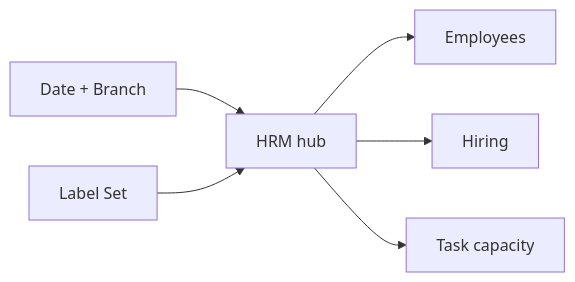
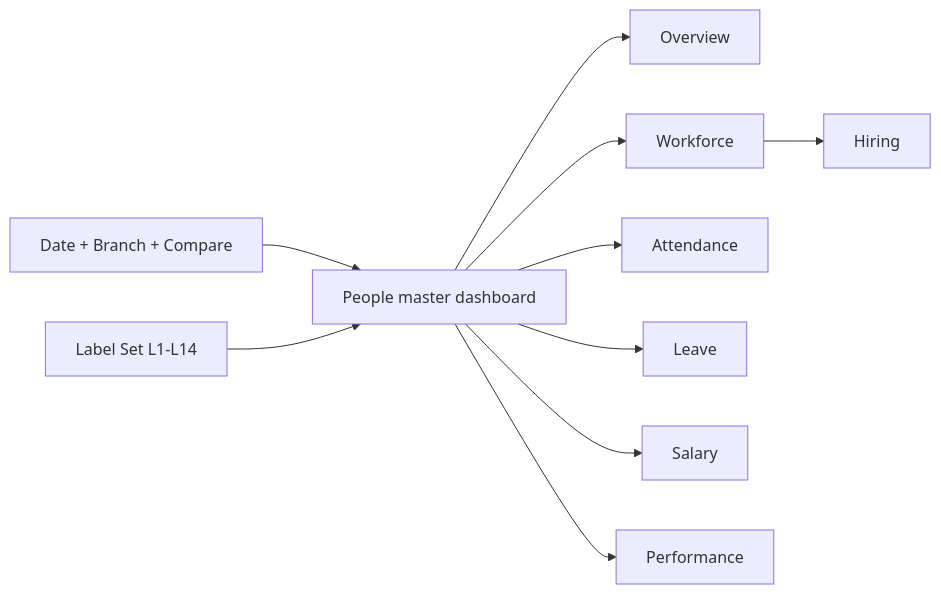
One commit to Aurifex-Innovations/ERP_docs changed the first of 5 diagrams in Dashboard_final_v0/HRM.md. Above: the diagram before and after it, drawn with Mermaid. The commit also changed other lines of this file, not shown here.

First line of the commit message:
Revise HRM dashboard documentation for master integration

````diff
--- a/Dashboard_final_v0/HRM.md
+++ b/Dashboard_final_v0/HRM.md
@@ -58,8 +70,12 @@
 ```mermaid
 flowchart LR
-  hub["HRM hub"] --> emp["Employees"]
-  hub --> hire["Hiring"]
-  hub --> task["Task capacity"]
-  filters["Date + Branch"] --> hub
-  labels["Label Set"] --> hub
+  master["People master dashboard"] --> overview["Overview"]
+  master --> workforce["Workforce"]
+  master --> attendance["Attendance"]
+  master --> leave["Leave"]
+  master --> salary["Salary"]
+  master --> performance["Performance"]
+  workforce --> hiring["Hiring"]
+  filters["Date + Branch + Compare"] --> master
+  labels["Label Set L1-L14"] --> master
 ```
````
